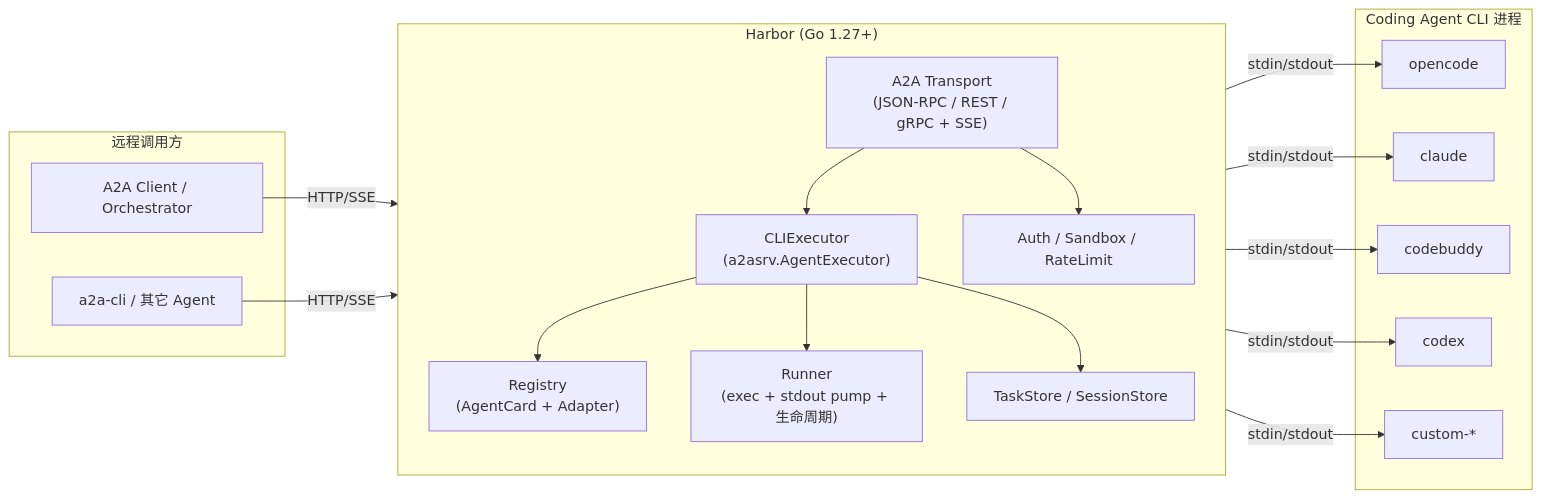
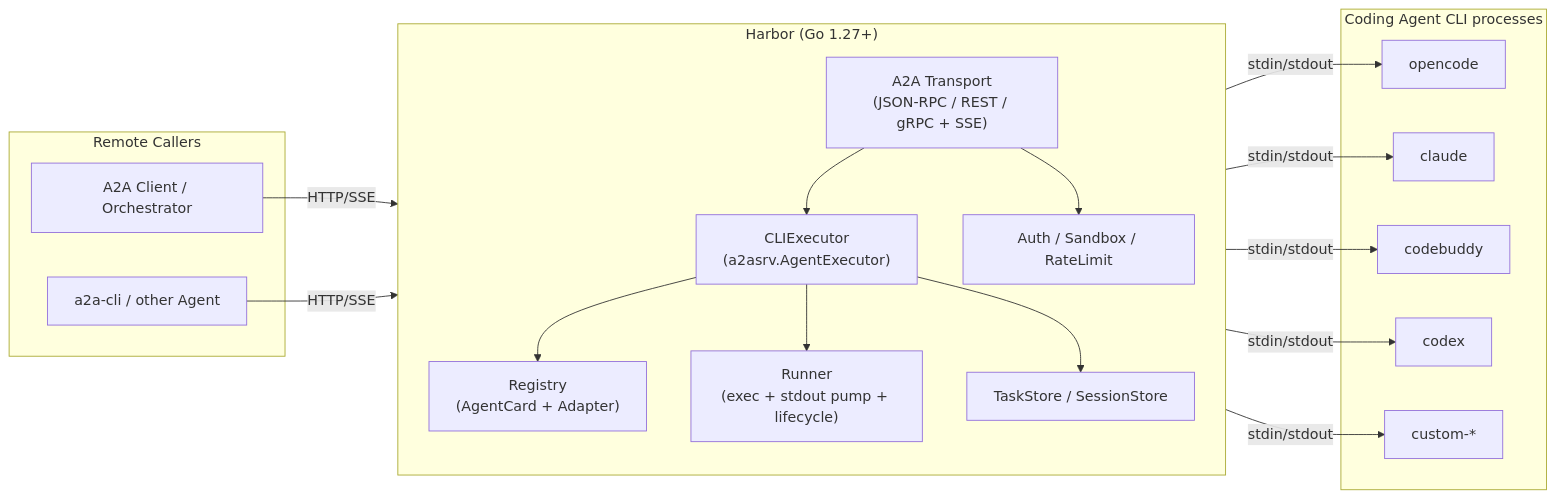
Before and after one commit to jiaweisky/harbor: the diagram in DESIGN.md, drawn with Mermaid. The commit also changed other lines of this file and 9 other files, not shown here.

````diff
--- a/DESIGN.md
+++ b/DESIGN.md
@@ -68,39 +68,39 @@
 ```mermaid
 flowchart LR
-    subgraph Remote["远程调用方"]
+    subgraph Remote["Remote Callers"]
         C1["A2A Client / Orchestrator"]
-        C2["a2a-cli / 其它 Agent"]
+        C2["a2a-cli / other Agent"]
     end
 
     subgraph Harbor["Harbor (Go 1.27+)"]
         direction TB
         S["A2A Transport\n(JSON-RPC / REST / gRPC + SSE)"]
         R["Registry\n(AgentCard + Adapter)"]
         E["CLIExecutor\n(a2asrv.AgentExecutor)"]
-        RUN["Runner\n(exec + stdout pump + 生命周期)"]
+        RUN["Runner\n(exec + stdout pump + lifecycle)"]
         STORE["TaskStore / SessionStore"]
         SEC["Auth / Sandbox / RateLimit"]
 
         S --> E
         E --> R
         E --> RUN
         E --> STORE
         S --> SEC
     end
 
-    subgraph Agents["Coding Agent CLI 进程"]
+    subgraph Agents["Coding Agent CLI processes"]
         A1["opencode"]
         A2["claude"]
         A3["codebuddy"]
         A4["codex"]
         A5["custom-*"]
     end
 
     C1 -->|HTTP/SSE| S
     C2 -->|HTTP/SSE| S
     RUN -->|stdin/stdout| A1
     RUN -->|stdin/stdout| A2
     RUN -->|stdin/stdout| A3
     RUN -->|stdin/stdout| A4
     RUN -->|stdin/stdout| A5
 ```
````
